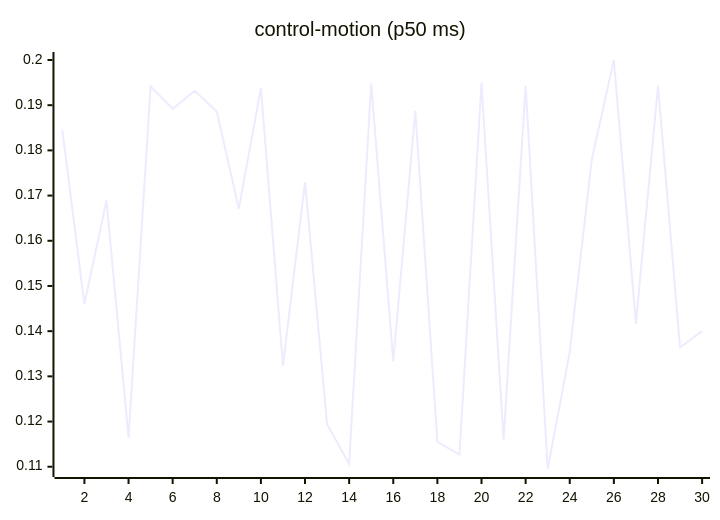
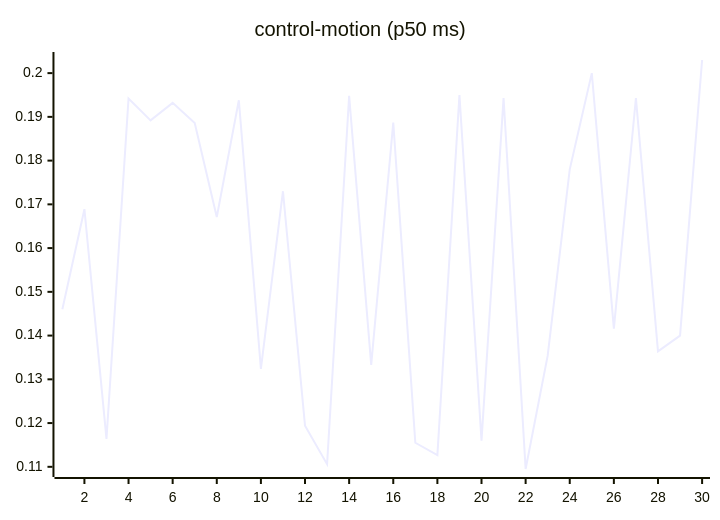
Before and after one commit to josha/Facet: the seventh of 27 diagrams in README.md, drawn with Mermaid. The commit also changed other lines of this file and 2 other files, not shown here.

````diff
--- a/README.md
+++ b/README.md
@@ -105,6 +105,6 @@
 ```mermaid
 xychart-beta
     title "control-motion (p50 ms)"
     x-axis 1 --> 30
-    line [0.1845, 0.1460, 0.1689, 0.1164, 0.1942, 0.1892, 0.1932, 0.1886, 0.1671, 0.1938, 0.1324, 0.1730, 0.1194, 0.1106, 0.1948, 0.1333, 0.1887, 0.1155, 0.1127, 0.1950, 0.1160, 0.1943, 0.1095, 0.1354, 0.1780, 0.2000, 0.1416, 0.1943, 0.1364, 0.1400]
+    line [0.1460, 0.1689, 0.1164, 0.1942, 0.1892, 0.1932, 0.1886, 0.1671, 0.1938, 0.1324, 0.1730, 0.1194, 0.1106, 0.1948, 0.1333, 0.1887, 0.1155, 0.1127, 0.1950, 0.1160, 0.1943, 0.1095, 0.1354, 0.1780, 0.2000, 0.1416, 0.1943, 0.1364, 0.1400, 0.2030]
 ```
````
